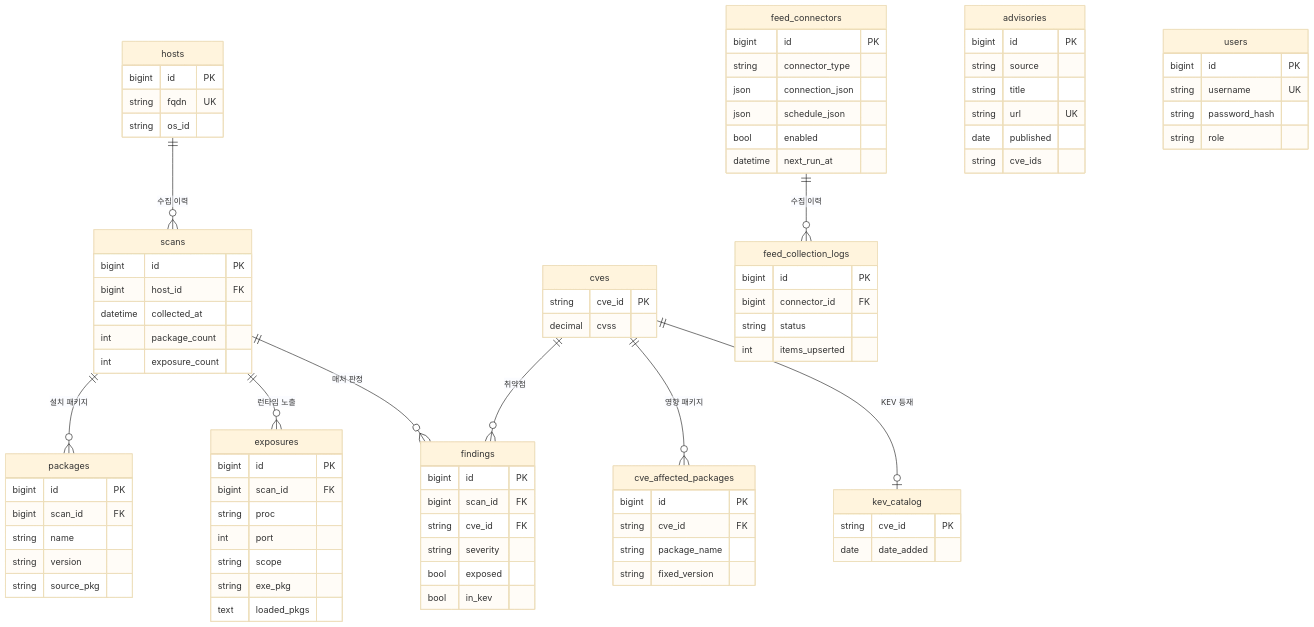
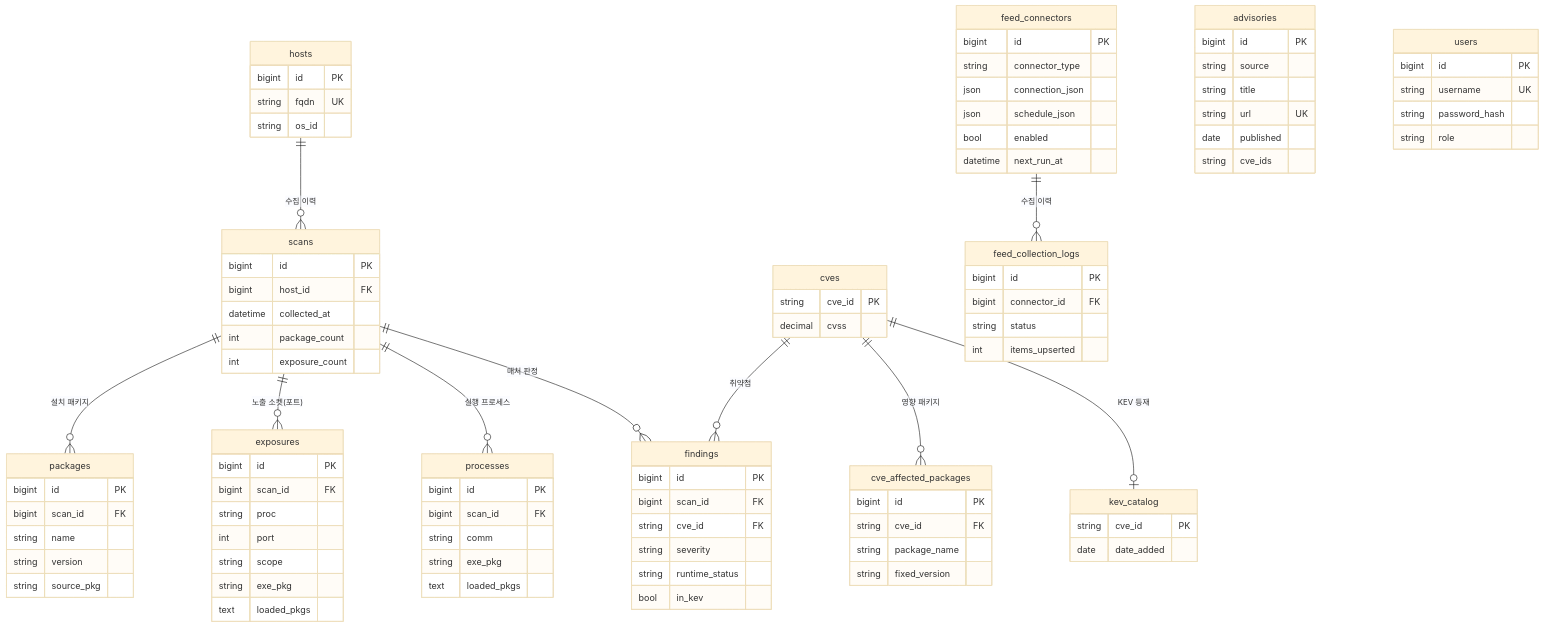
The fifth of 6 diagrams in docs/architecture.md (JeongDoWook/vuln-agent), drawn with Mermaid (base theme) before and after one commit. The commit also changed other lines of this file and 2 other files, not shown here.

First line of the commit message:
docs: 문서 최신화 + 전체 프로세스 HTML

```diff
--- a/docs/architecture.md
+++ b/docs/architecture.md
@@ -173,7 +175,8 @@
 erDiagram
     hosts ||--o{ scans : "수집 이력"
     scans ||--o{ packages : "설치 패키지"
-    scans ||--o{ exposures : "런타임 노출"
+    scans ||--o{ exposures : "노출 소켓(포트)"
+    scans ||--o{ processes : "실행 프로세스"
     scans ||--o{ findings : "매처 판정"
     cves  ||--o{ cve_affected_packages : "영향 패키지"
     cves  ||--o{ findings : "취약점"
@@ -208,12 +211,19 @@
         string exe_pkg
         text loaded_pkgs
     }
+    processes {
+        bigint id PK
+        bigint scan_id FK
+        string comm
+        string exe_pkg
+        text loaded_pkgs
+    }
     findings {
         bigint id PK
         bigint scan_id FK
         string cve_id FK
         string severity
-        bool exposed
+        string runtime_status
         bool in_kev
     }
     cves {
```
